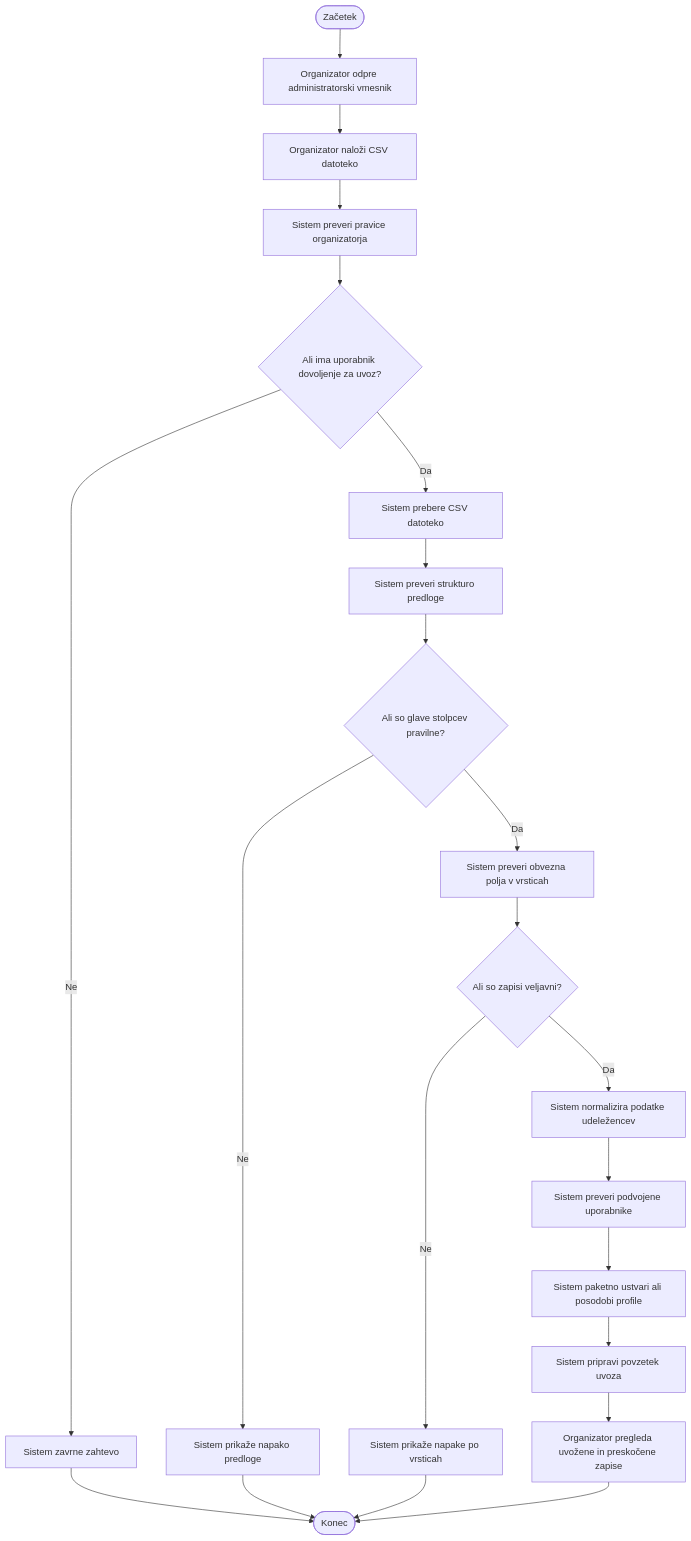
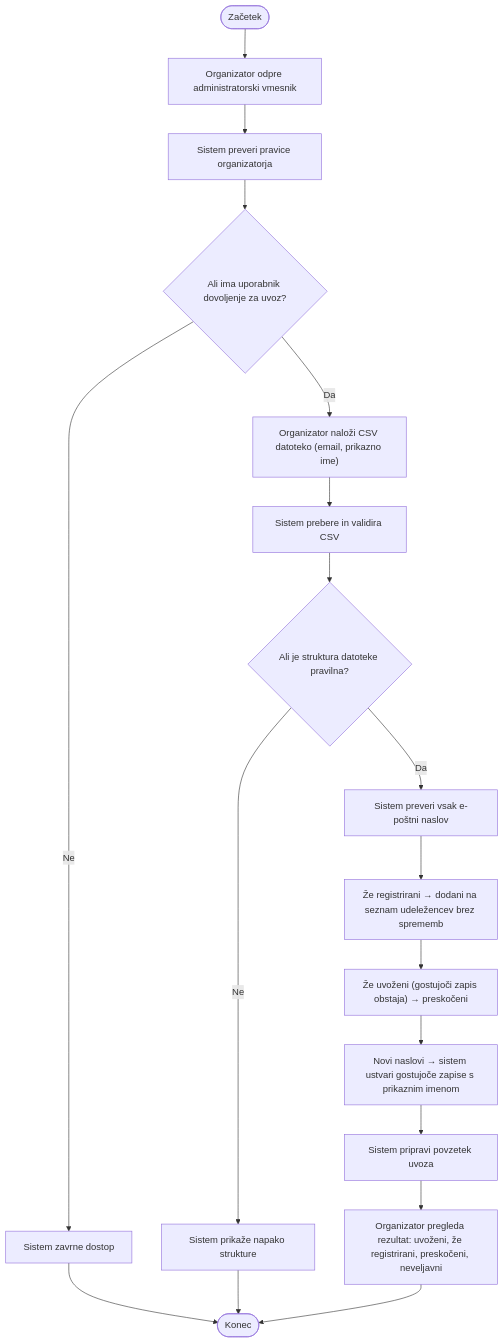
One commit to nikop36/confera changed the third of 5 diagrams in docs/Activity diagram/README.md. Above: the diagram before and after it, drawn with Mermaid. The commit also changed other lines of this file and 5 other files, not shown here.

````diff
--- a/docs/Activity diagram/README.md
+++ b/docs/Activity diagram/README.md
@@ -73,30 +73,24 @@
 ```mermaid
 flowchart TD
     A([Začetek]) --> B["Organizator odpre administratorski vmesnik"]
-    B --> C["Organizator naloži CSV datoteko"]
-    C --> D["Sistem preveri pravice organizatorja"]
+    B --> D["Sistem preveri pravice organizatorja"]
     D --> E{"Ali ima uporabnik dovoljenje za uvoz?"}
 
-    E -- "Ne" --> F["Sistem zavrne zahtevo"]
+    E -- "Ne" --> F["Sistem zavrne dostop"]
     F --> Z([Konec])
 
-    E -- "Da" --> G["Sistem prebere CSV datoteko"]
-    G --> H["Sistem preveri strukturo predloge"]
-    H --> I{"Ali so glave stolpcev pravilne?"}
+    E -- "Da" --> C["Organizator naloži CSV datoteko (email, prikazno ime)"]
+    C --> G["Sistem prebere in validira CSV"]
+    G --> H{"Ali je struktura datoteke pravilna?"}
 
-    I -- "Ne" --> J["Sistem prikaže napako predloge"]
-    J --> Z
+    H -- "Ne" --> I["Sistem prikaže napako strukture"]
+    I --> Z
 
-    I -- "Da" --> K["Sistem preveri obvezna polja v vrsticah"]
-    K --> L{"Ali so zapisi veljavni?"}
-
-    L -- "Ne" --> M["Sistem prikaže napake po vrsticah"]
-    M --> Z
-
-    L -- "Da" --> N["Sistem normalizira podatke udeležencev"]
-    N --> O["Sistem preveri podvojene uporabnike"]
-    O --> P["Sistem paketno ustvari ali posodobi profile"]
-    P --> Q["Sistem pripravi povzetek uvoza"]
-    Q --> R["Organizator pregleda uvožene in preskočene zapise"]
-    R --> Z
+    H -- "Da" --> J["Sistem preveri vsak e-poštni naslov"]
+    J --> K["Že registrirani → dodani na seznam udeležencev brez sprememb"]
+    K --> L["Že uvoženi (gostujoči zapis obstaja) → preskočeni"]
+    L --> M["Novi naslovi → sistem ustvari gostujoče zapise s prikaznim imenom"]
+    M --> N["Sistem pripravi povzetek uvoza"]
+    N --> O["Organizator pregleda rezultat: uvoženi, že registrirani, preskočeni, neveljavni"]
+    O --> Z
 ```
````
